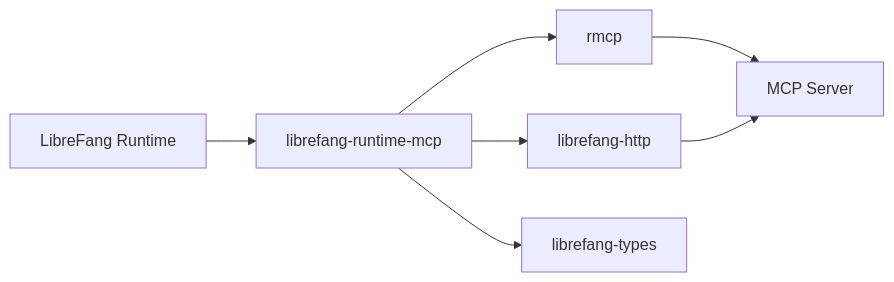
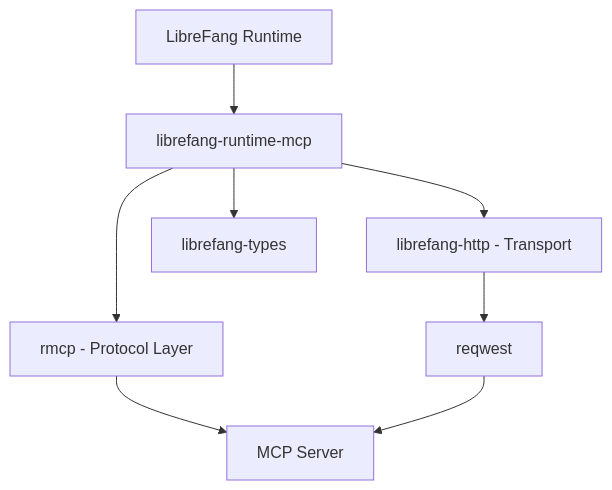
One commit to leszek3737/librefang-WIki changed the diagram in other-librefang-runtime-mcp.md. Above: the diagram before and after it, drawn with Mermaid. The commit also changed other lines of this file and 118 other files, not shown here.

````diff
--- a/other-librefang-runtime-mcp.md
+++ b/other-librefang-runtime-mcp.md
@@ -17,9 +30,10 @@
 ```mermaid
-graph LR
+graph TD
     A[LibreFang Runtime] --> B[librefang-runtime-mcp]
-    B --> C[rmcp]
-    B --> D[librefang-http]
-    B --> E[librefang-types]
-    C --> F[MCP Server]
-    D --> F
+    B --> C[rmcp - Protocol Layer]
+    B --> D[librefang-http - Transport]
+    D --> E[reqwest]
+    B --> F[librefang-types]
+    C --> G[MCP Server]
+    E --> G
 ```
````
